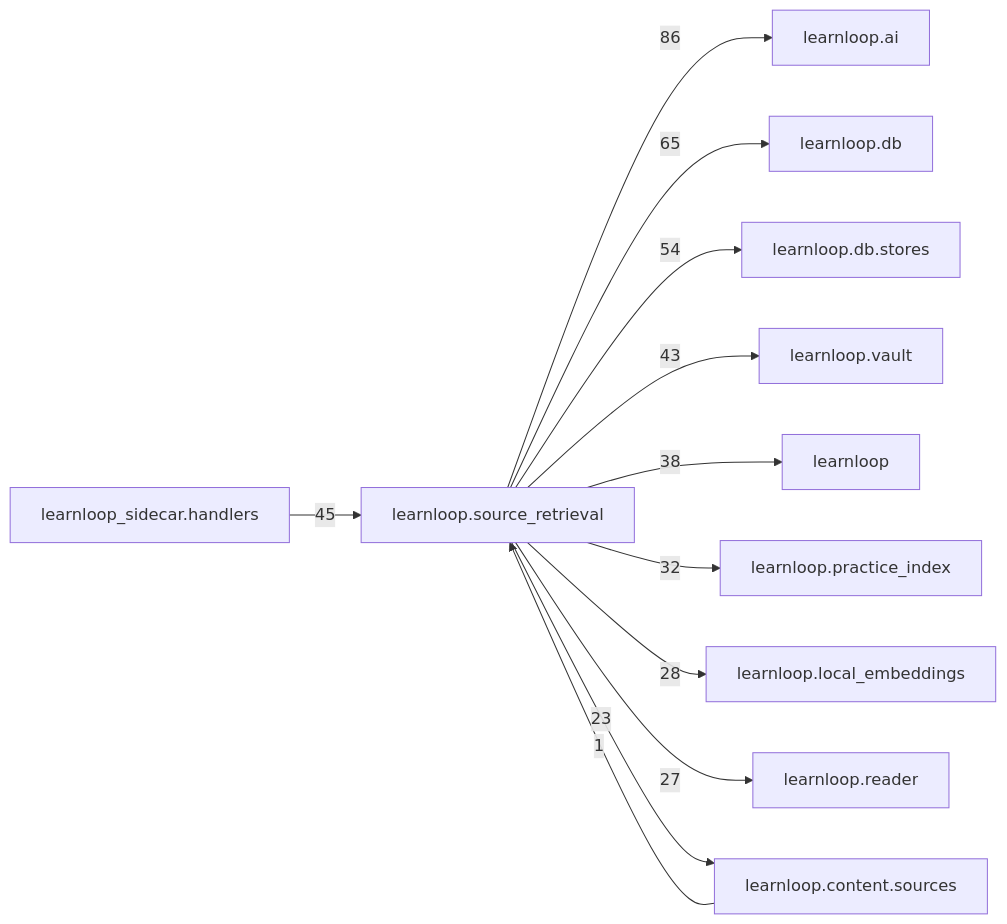
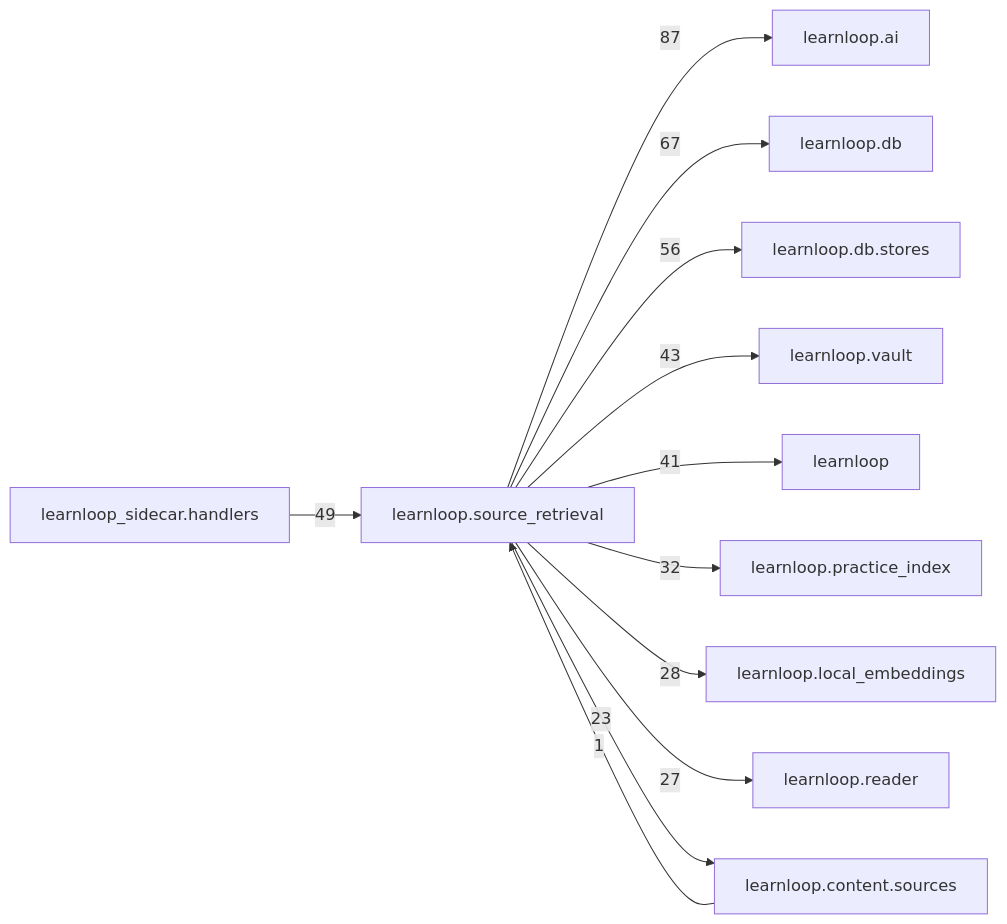
The diagram in docs/learnloop-architecture-vault/Reference/Modules/learnloop/source_retrieval/_package.md (6up-b/learnanything), drawn with Mermaid before and after one commit. The commit also changed other lines of this file and 56 other files, not shown here.

````diff
--- a/docs/learnloop-architecture-vault/Reference/Modules/learnloop/source_retrieval/_package.md
+++ b/docs/learnloop-architecture-vault/Reference/Modules/learnloop/source_retrieval/_package.md
@@ -183,25 +187,25 @@
 ```mermaid
 flowchart LR
     center["learnloop.source_retrieval"]
     n_learnloop_ai["learnloop.ai"]
     n_learnloop_db["learnloop.db"]
     n_learnloop_db_stores["learnloop.db.stores"]
     n_learnloop_sidecar_handlers["learnloop_sidecar.handlers"]
     n_learnloop_vault["learnloop.vault"]
     n_learnloop["learnloop"]
     n_learnloop_practice_index["learnloop.practice_index"]
     n_learnloop_local_embeddings["learnloop.local_embeddings"]
     n_learnloop_reader["learnloop.reader"]
     n_learnloop_content_sources["learnloop.content.sources"]
-    center -->|86| n_learnloop_ai
-    center -->|65| n_learnloop_db
-    center -->|54| n_learnloop_db_stores
-    n_learnloop_sidecar_handlers -->|45| center
+    center -->|87| n_learnloop_ai
+    center -->|67| n_learnloop_db
+    center -->|56| n_learnloop_db_stores
+    n_learnloop_sidecar_handlers -->|49| center
     center -->|43| n_learnloop_vault
-    center -->|38| n_learnloop
+    center -->|41| n_learnloop
     center -->|32| n_learnloop_practice_index
     center -->|28| n_learnloop_local_embeddings
     center -->|27| n_learnloop_reader
     n_learnloop_content_sources -->|1| center
     center -->|23| n_learnloop_content_sources
 ```
````
